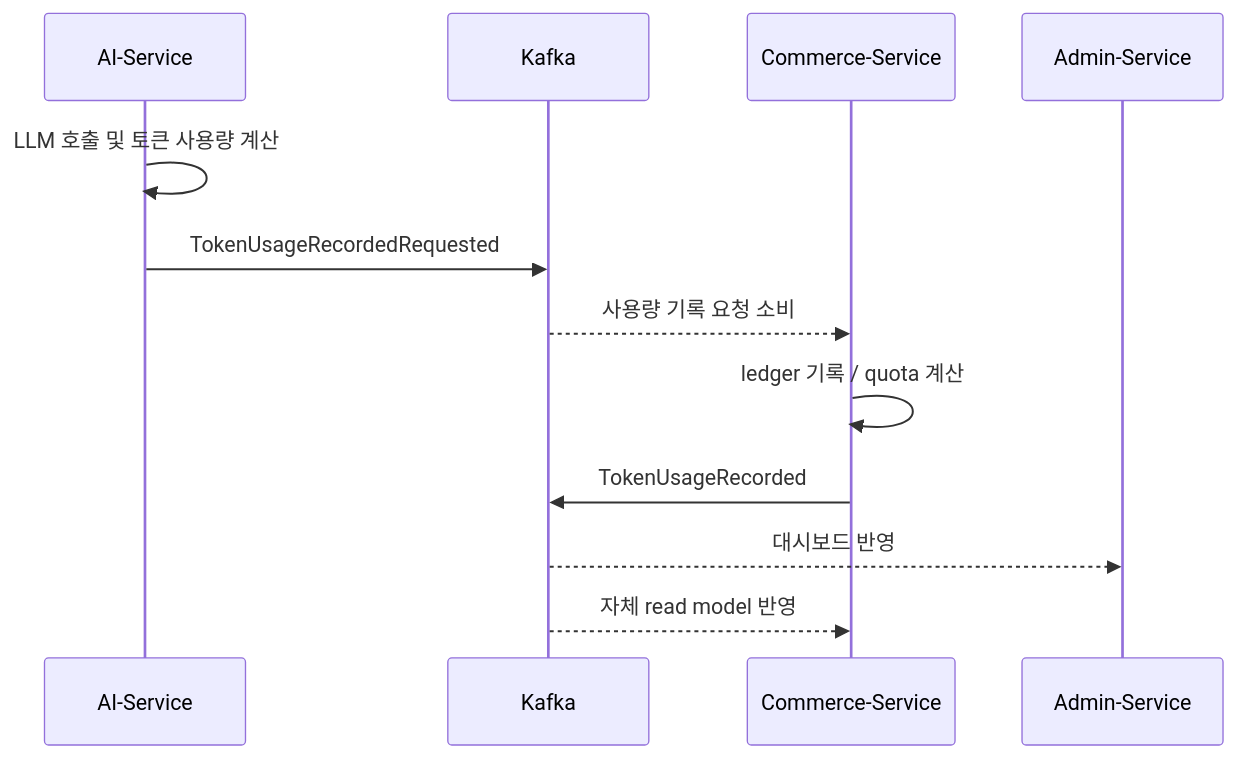
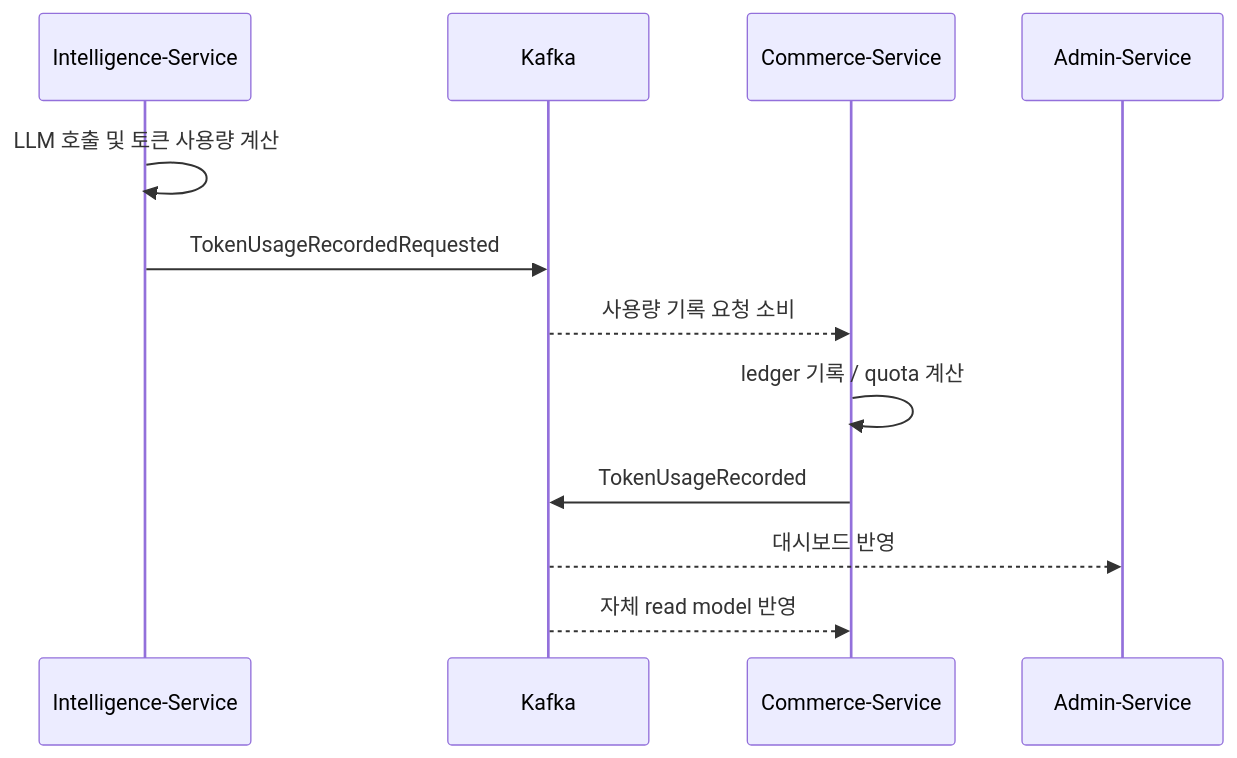
The sixth of 6 diagrams in contracts-v2/brainx-asyncapi-guide.md (cyoung-cy/BrainX), drawn with Mermaid before and after one commit. The commit also changed other lines of this file and 74 other files, not shown here.

````diff
--- a/contracts-v2/brainx-asyncapi-guide.md
+++ b/contracts-v2/brainx-asyncapi-guide.md
@@ -529,15 +529,15 @@
 ```mermaid
 sequenceDiagram
-    participant AI as AI-Service
+    participant AI as Intelligence-Service
     participant Kafka
     participant Commerce as Commerce-Service
     participant Admin as Admin-Service
 
     AI->>AI: LLM 호출 및 토큰 사용량 계산
     AI->>Kafka: TokenUsageRecordedRequested
     Kafka-->>Commerce: 사용량 기록 요청 소비
     Commerce->>Commerce: ledger 기록 / quota 계산
     Commerce->>Kafka: TokenUsageRecorded
     Kafka-->>Admin: 대시보드 반영
     Kafka-->>Commerce: 자체 read model 반영
 ```
````
